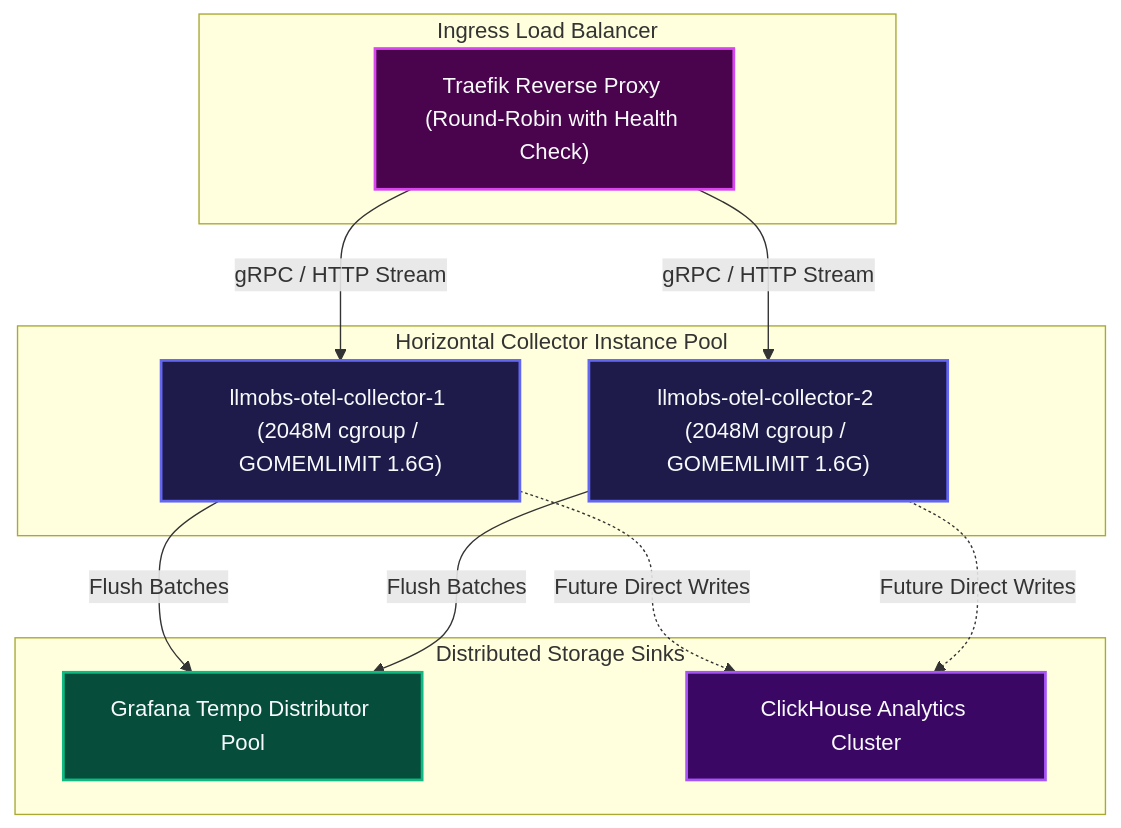
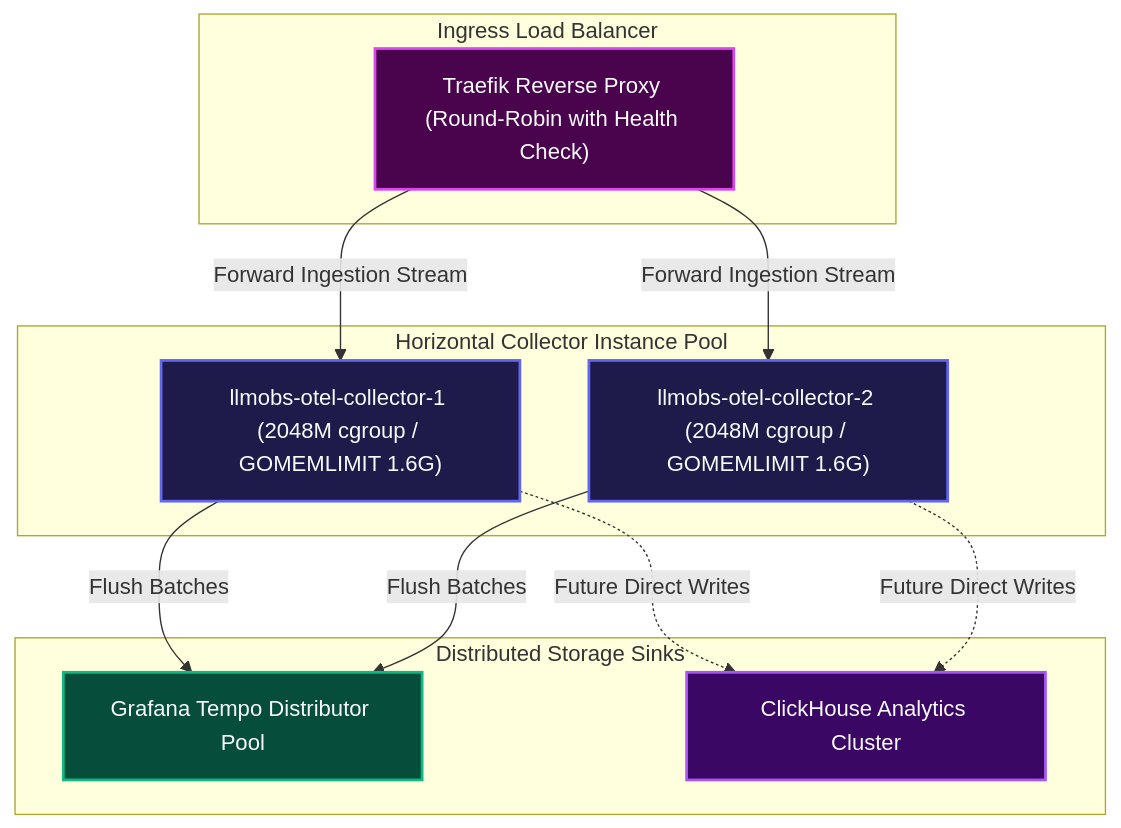
Before and after one commit to Chief-Strategist-J/llm-obs-infra: diagram 19 of 22 in docs/configDoc/otel-collector-configuration-guide.md, drawn with Mermaid. The commit also changed other lines of this file and 4 other files, not shown here.

First line of the commit message:
fix(docs): resolve Mermaid parse errors in edge labels across OTel guide and ADR-0009

````diff
--- a/docs/configDoc/otel-collector-configuration-guide.md
+++ b/docs/configDoc/otel-collector-configuration-guide.md
@@ -1633,31 +1633,31 @@
 ```mermaid
 graph TD
     subgraph IngressLayer ["Ingress Load Balancer"]
         TraefikCluster["Traefik Reverse Proxy (Round-Robin with Health Check)"]
     end
 
     subgraph GatewayPool ["Horizontal Collector Instance Pool"]
         CollectorA["llmobs-otel-collector-1 (2048M cgroup / GOMEMLIMIT 1.6G)"]
         CollectorB["llmobs-otel-collector-2 (2048M cgroup / GOMEMLIMIT 1.6G)"]
     end
 
     subgraph BackendStoragePool ["Distributed Storage Sinks"]
         TempoDistributor["Grafana Tempo Distributor Pool"]
         ClickHouseCluster["ClickHouse Analytics Cluster"]
     end
 
-    TraefikCluster -->|gRPC / HTTP Stream| CollectorA
-    TraefikCluster -->|gRPC / HTTP Stream| CollectorB
+    TraefikCluster -->|Forward Ingestion Stream| CollectorA
+    TraefikCluster -->|Forward Ingestion Stream| CollectorB
 
     CollectorA -->|Flush Batches| TempoDistributor
     CollectorB -->|Flush Batches| TempoDistributor
 
     CollectorA -.->|Future Direct Writes| ClickHouseCluster
     CollectorB -.->|Future Direct Writes| ClickHouseCluster
 
     style TraefikCluster fill:#4a044e,stroke:#d946ef,stroke-width:2px,color:#f8fafc
     style CollectorA fill:#1e1b4b,stroke:#6366f1,stroke-width:2px,color:#f8fafc
     style CollectorB fill:#1e1b4b,stroke:#6366f1,stroke-width:2px,color:#f8fafc
     style TempoDistributor fill:#064e3b,stroke:#10b981,stroke-width:2px,color:#f8fafc
     style ClickHouseCluster fill:#3b0764,stroke:#a855f7,stroke-width:2px,color:#f8fafc
 ```
````
